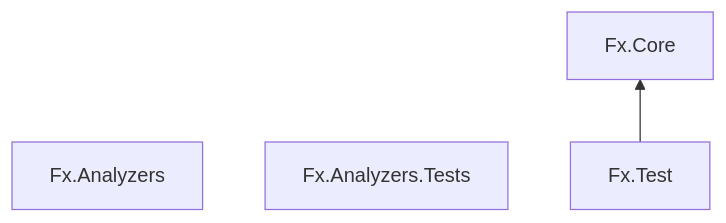
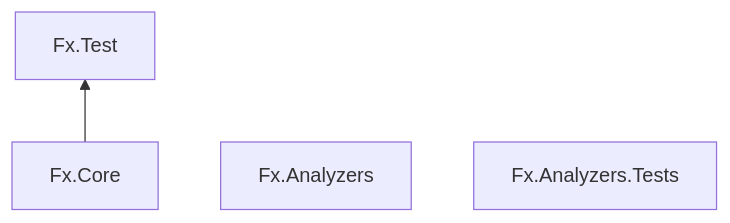
One commit to ravudet/Fx.Core changed the diagram in graph.md. Above: the diagram before and after it, drawn with Mermaid.

````diff
--- a/graph.md
+++ b/graph.md
@@ -1,7 +1,7 @@
 ```mermaid
 flowchart BT
 	Fx.Core
 	Fx.Analyzers
 	Fx.Analyzers.Tests
-	Fx.Test --> Fx.Core
+	Fx.Core --> Fx.Test
 ```
````
